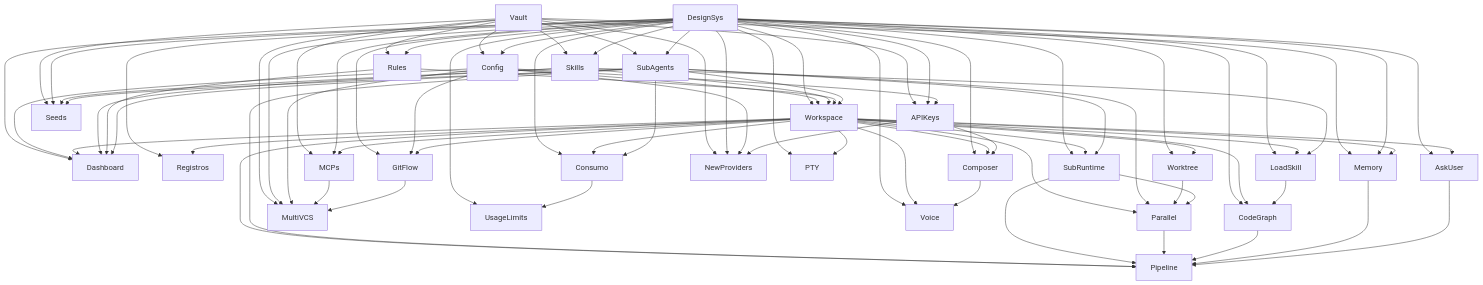
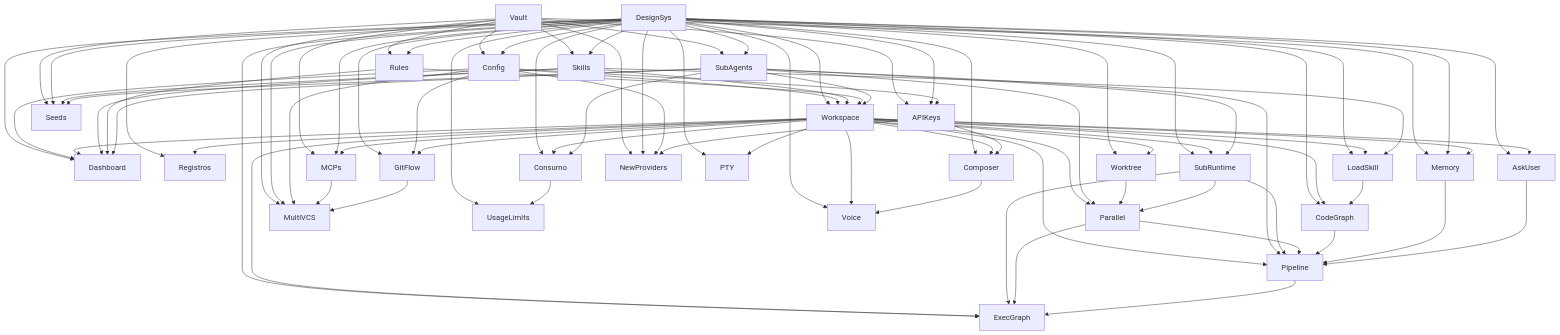
One commit to humbertoluks/engrena-code changed the diagram in apps/engrena-code/docs/PRD.md. Above: the diagram before and after it, drawn with Mermaid. The commit also changed other lines of this file and 28 other files, not shown here.

````diff
--- a/apps/engrena-code/docs/PRD.md
+++ b/apps/engrena-code/docs/PRD.md
@@ -1205,4 +1239,9 @@
   F19 --> F22
   F20 --> F22
   F21 --> F22
+  F011 --> F29[ExecGraph]
+  F03 --> F29
+  F15 --> F29
+  F18 --> F29
+  F22 --> F29
 ```
````
